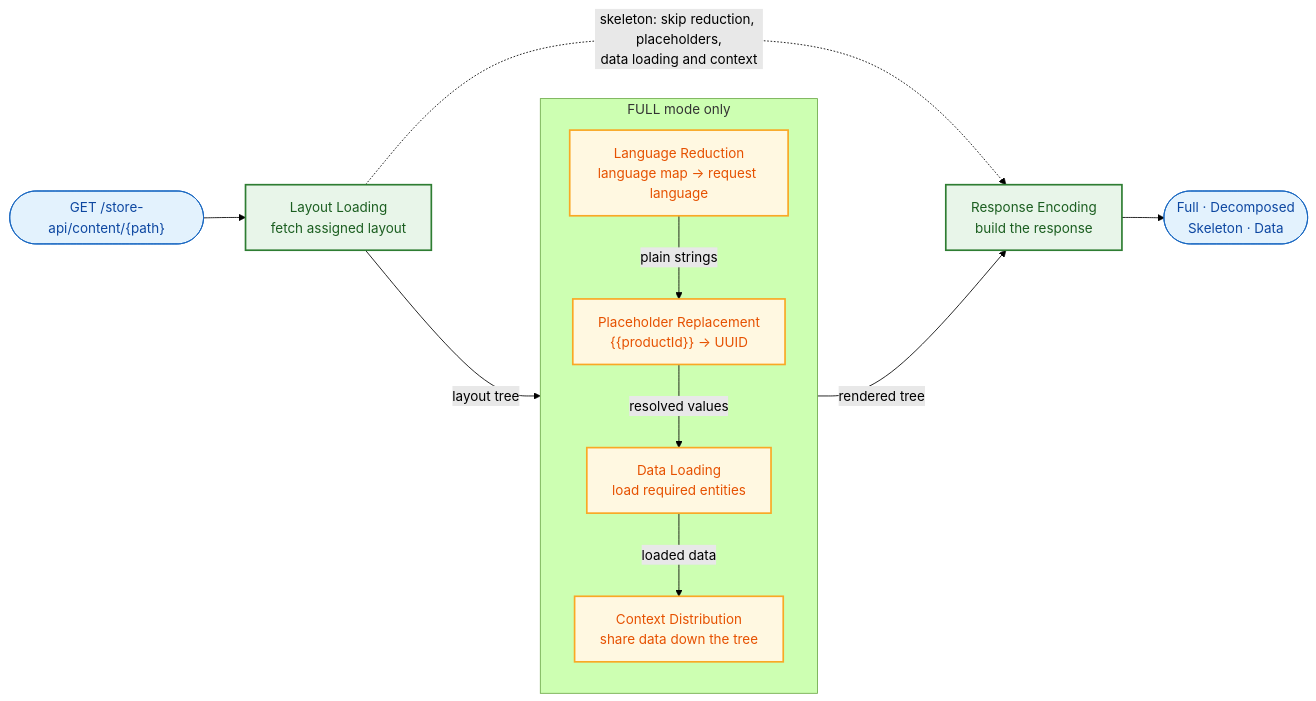
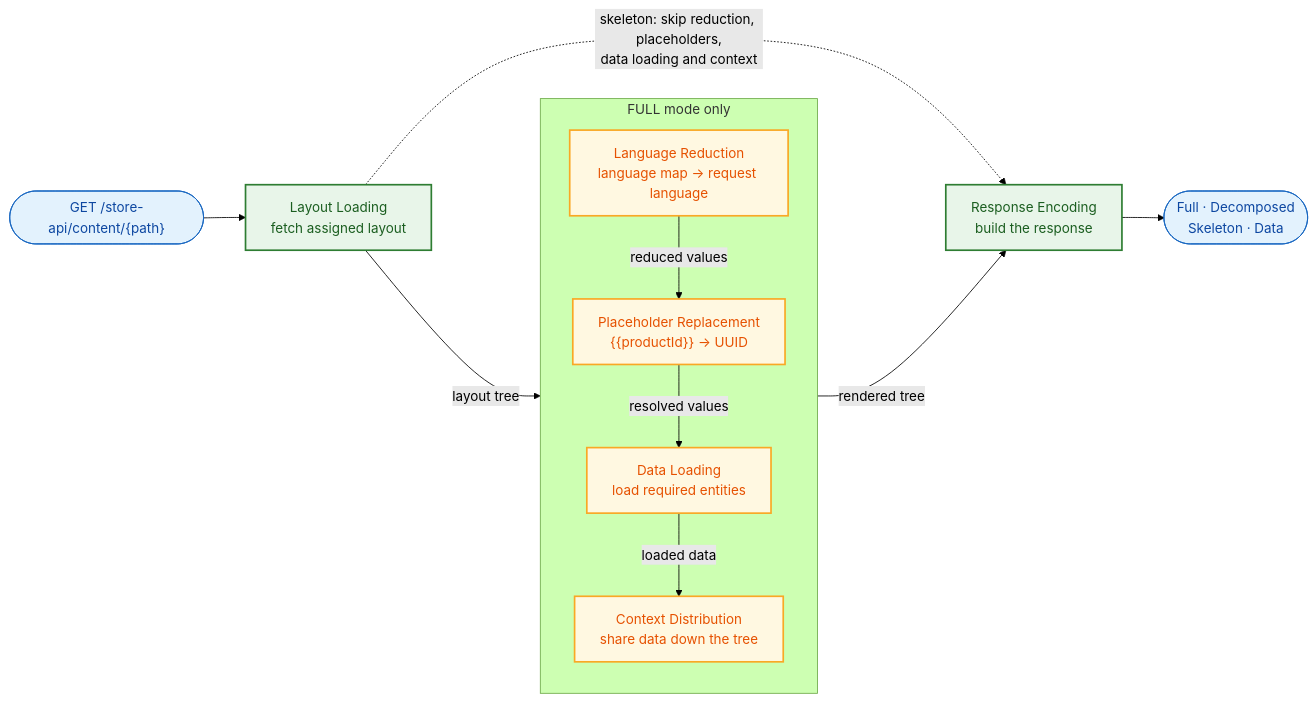
One commit to shopware/shopware changed the diagram in src/Core/Framework/ContentSystem/docs/data-flow.md. Above: the diagram before and after it, drawn with Mermaid (forest theme). The commit also changed 26 other files, not shown here.

````diff
--- a/src/Core/Framework/ContentSystem/docs/data-flow.md
+++ b/src/Core/Framework/ContentSystem/docs/data-flow.md
@@ -5,32 +5,32 @@
 ```mermaid
 graph LR
     REQ(["GET /store-api/content/{path}"]) --> A
 
     A["Layout Loading<br/>fetch assigned layout"]
 
     subgraph FULLONLY["FULL mode only"]
         direction TB
         R["Language Reduction<br/>language map → request language"]
         B["Placeholder Replacement<br/>{{productId}} → UUID"]
         C["Data Loading<br/>load required entities"]
         D["Context Distribution<br/>share data down the tree"]
-        R -- "plain strings" --> B
+        R -- "reduced values" --> B
         B -- "resolved values" --> C
         C -- "loaded data" --> D
     end
 
     E["Response Encoding<br/>build the response"]
     RES(["Full · Decomposed<br/>Skeleton · Data"])
 
     A -- "layout tree" --> R
     D -- "rendered tree" --> E
     E --> RES
     A -. "skeleton: skip reduction, placeholders,<br/>data loading and context" .-> E
 
     classDef io fill:#e3f2fd,stroke:#1565c0,stroke-width:1px,color:#0d47a1
     classDef step fill:#e8f5e9,stroke:#2e7d32,stroke-width:2px,color:#1b5e20
     classDef hydr fill:#fff8e1,stroke:#f9a825,stroke-width:2px,color:#e65100
     class REQ,RES io
     class A,E step
     class R,B,C,D hydr
 ```
````
